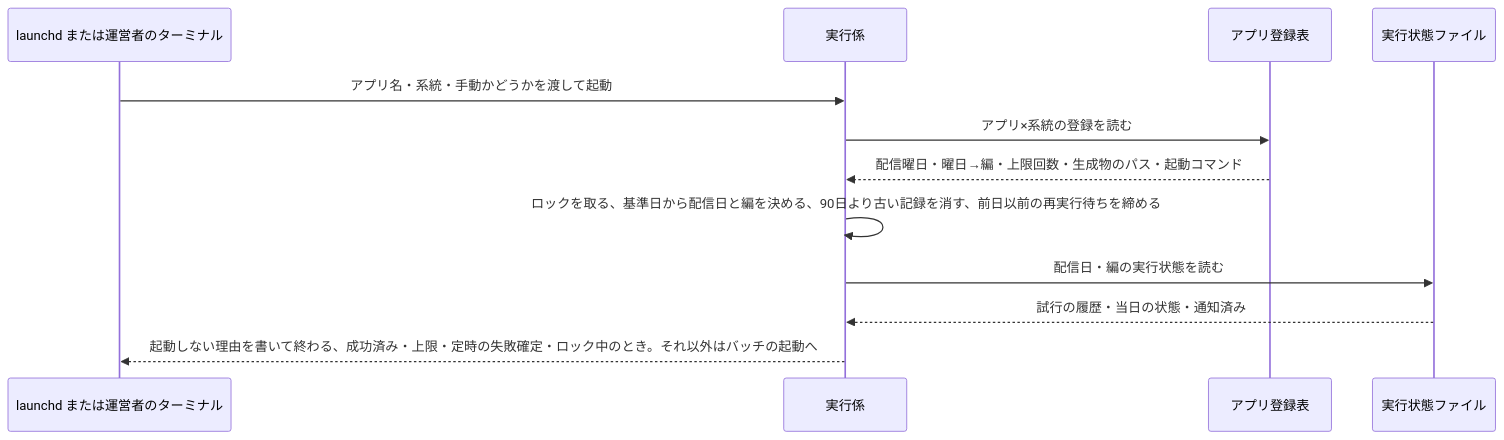
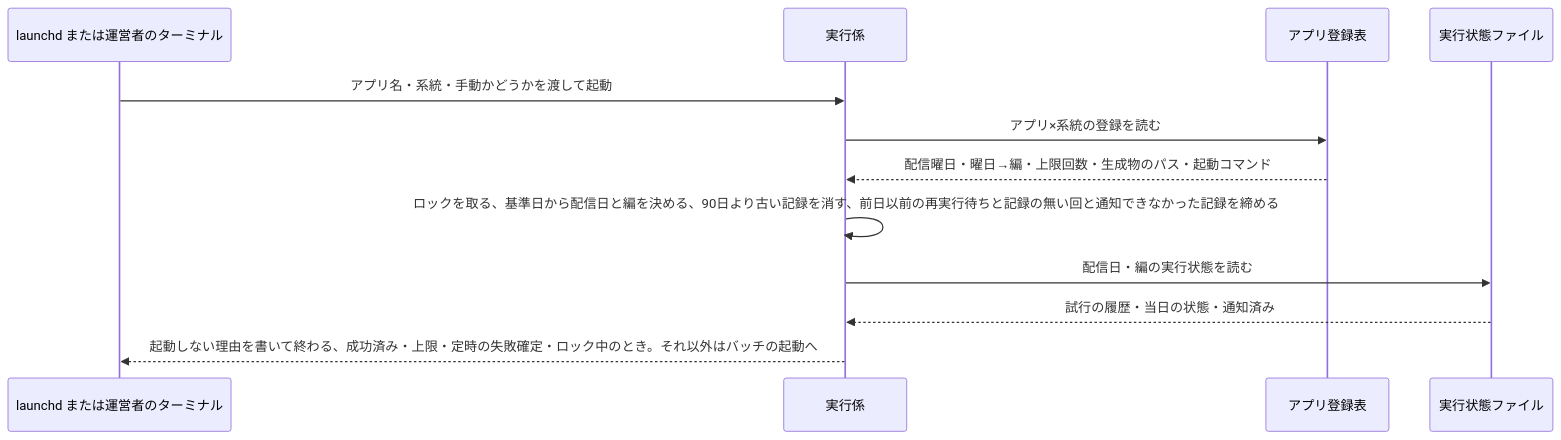
Before and after one commit to dnode-ryosuke-yamazaki/study: the first of 6 diagrams in apps/digest-platform/specs/batch-runner/design.md, drawn with Mermaid. The commit also changed other lines of this file and 6 other files, not shown here.

````diff
--- a/apps/digest-platform/specs/batch-runner/design.md
+++ b/apps/digest-platform/specs/batch-runner/design.md
@@ -61,14 +61,14 @@
 ```mermaid
 sequenceDiagram
     participant L as launchd または運営者のターミナル
     participant R as 実行係
     participant A as アプリ登録表
     participant S as 実行状態ファイル
     L->>R: アプリ名・系統・手動かどうかを渡して起動
     R->>A: アプリ×系統の登録を読む
     A-->>R: 配信曜日・曜日→編・上限回数・生成物のパス・起動コマンド
-    R->>R: ロックを取る、基準日から配信日と編を決める、90日より古い記録を消す、前日以前の再実行待ちを締める
+    R->>R: ロックを取る、基準日から配信日と編を決める、90日より古い記録を消す、前日以前の再実行待ちと記録の無い回と通知できなかった記録を締める
     R->>S: 配信日・編の実行状態を読む
     S-->>R: 試行の履歴・当日の状態・通知済み
     R-->>L: 起動しない理由を書いて終わる、成功済み・上限・定時の失敗確定・ロック中のとき。それ以外はバッチの起動へ
 ```
````
